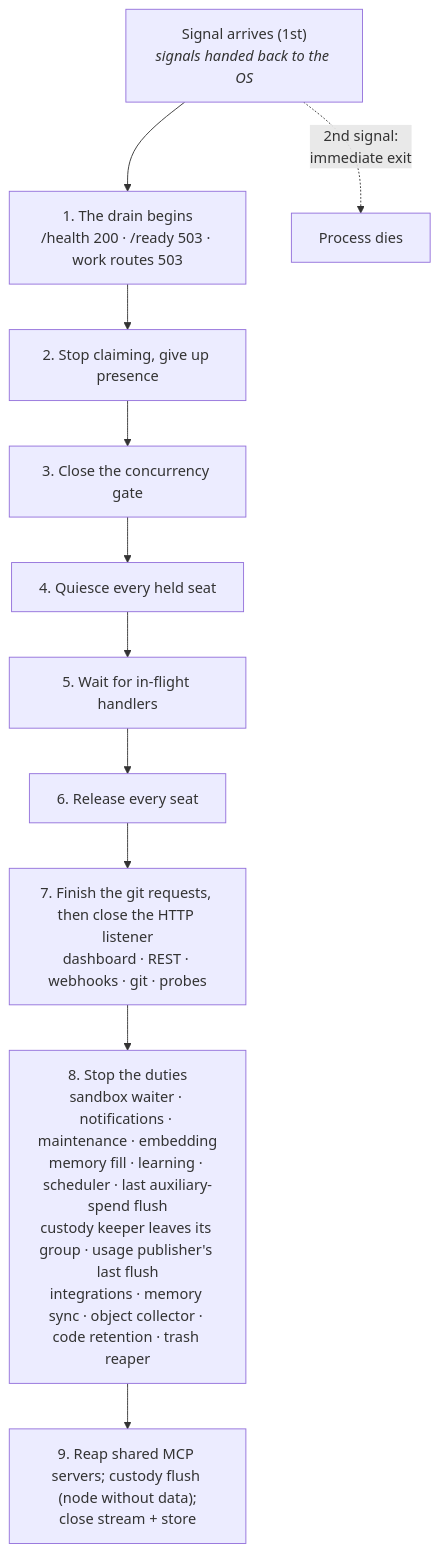
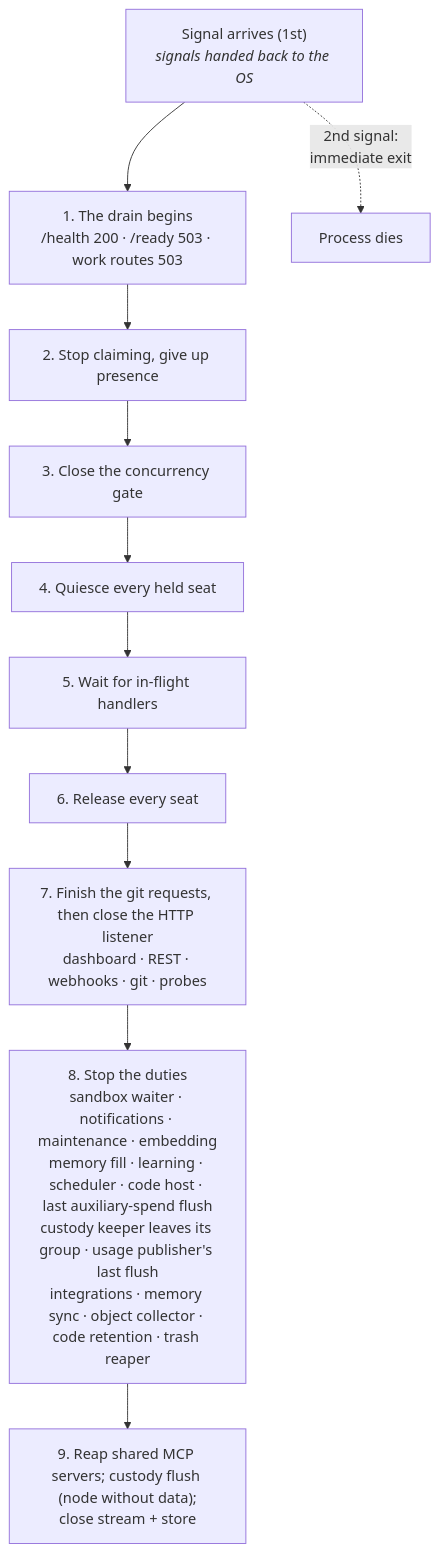
One commit to crewlet/crewlet changed the fifth of 5 diagrams in docs/concepts/agent-runtime.md. Above: the diagram before and after it, drawn with Mermaid. The commit also changed other lines of this file and 5 other files, not shown here.

````diff
--- a/docs/concepts/agent-runtime.md
+++ b/docs/concepts/agent-runtime.md
@@ -501,14 +501,14 @@
 ```mermaid
 flowchart TD
     SIG["Signal arrives (1st)<br/><i>signals handed back to the OS</i>"] --> S1
     S1["1. The drain begins<br/>/health 200 · /ready 503 · work routes 503"] --> S2
     S2["2. Stop claiming, give up presence"] --> S3
     S3["3. Close the concurrency gate"] --> S4
     S4["4. Quiesce every held seat"] --> S5
     S5["5. Wait for in-flight handlers"] --> S6
     S6["6. Release every seat"] --> S7
     S7["7. Finish the git requests, then close the HTTP listener<br/>dashboard · REST · webhooks · git · probes"] --> S8
-    S8["8. Stop the duties<br/>sandbox waiter · notifications · maintenance · embedding<br/>memory fill · learning · scheduler · last auxiliary-spend flush<br/>custody keeper leaves its group · usage publisher's last flush<br/>integrations · memory sync · object collector · code retention · trash reaper"] --> S9
+    S8["8. Stop the duties<br/>sandbox waiter · notifications · maintenance · embedding<br/>memory fill · learning · scheduler · code host · last auxiliary-spend flush<br/>custody keeper leaves its group · usage publisher's last flush<br/>integrations · memory sync · object collector · code retention · trash reaper"] --> S9
     S9["9. Reap shared MCP servers; custody flush (node without data);<br/>close stream + store"]
     SIG -.->|"2nd signal:<br/>immediate exit"| X["Process dies"]
 ```
````
